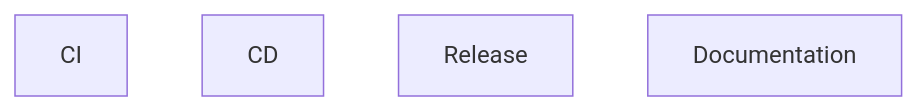
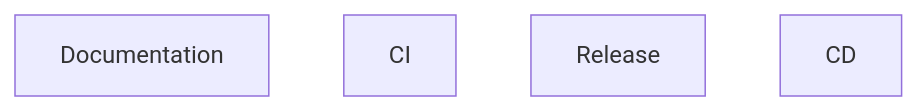
Before and after one commit to zepfu/llama-gguf-inference: the seventh of 8 diagrams in docs/auto/ARCHITECTURE_AUTO.md, drawn with Mermaid. The commit also changed other lines of this file and 2 other files, not shown here.

Commit message:
docs: auto-update documentation [skip ci]

````diff
--- a/docs/auto/ARCHITECTURE_AUTO.md
+++ b/docs/auto/ARCHITECTURE_AUTO.md
@@ -209,7 +212,7 @@
 ```mermaid
 graph TD
+    docs[Documentation]
     ci[CI]
+    release[Release]
     cd[CD]
-    release[Release]
-    docs[Documentation]
 ```
````
